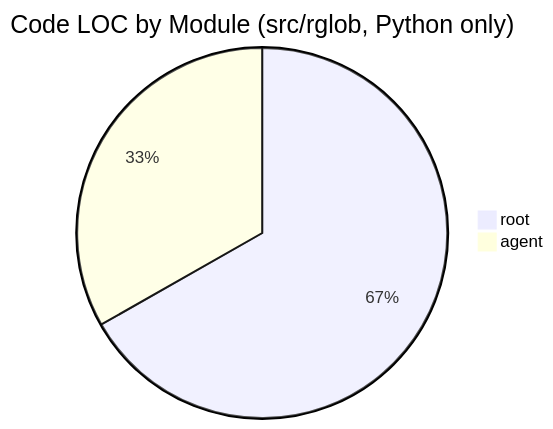
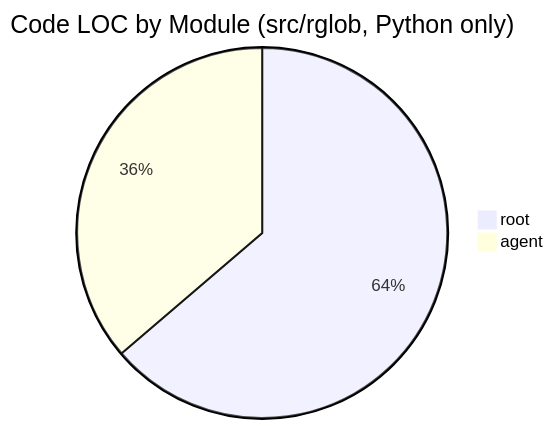
The second of 2 diagrams in OVERVIEW.md (chris-piekarski/python-rglob), drawn with Mermaid before and after one commit. The commit also changed other lines of this file and 6 other files, not shown here.

````diff
--- a/OVERVIEW.md
+++ b/OVERVIEW.md
@@ -34,5 +36,5 @@
 ```mermaid
 pie title Code LOC by Module (src/rglob, Python only)
-  "root" : 1736
-  "agent" : 864
+  "root" : 2047
+  "agent" : 1165
 ```
````
